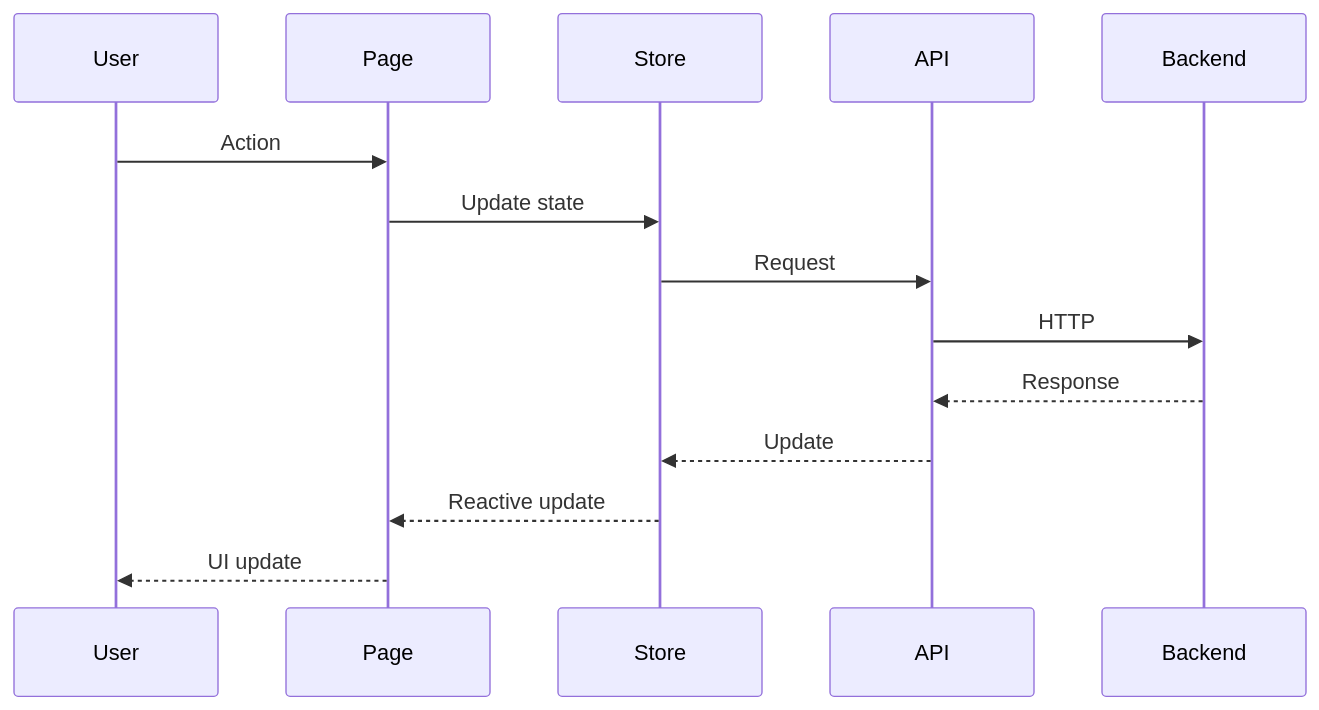
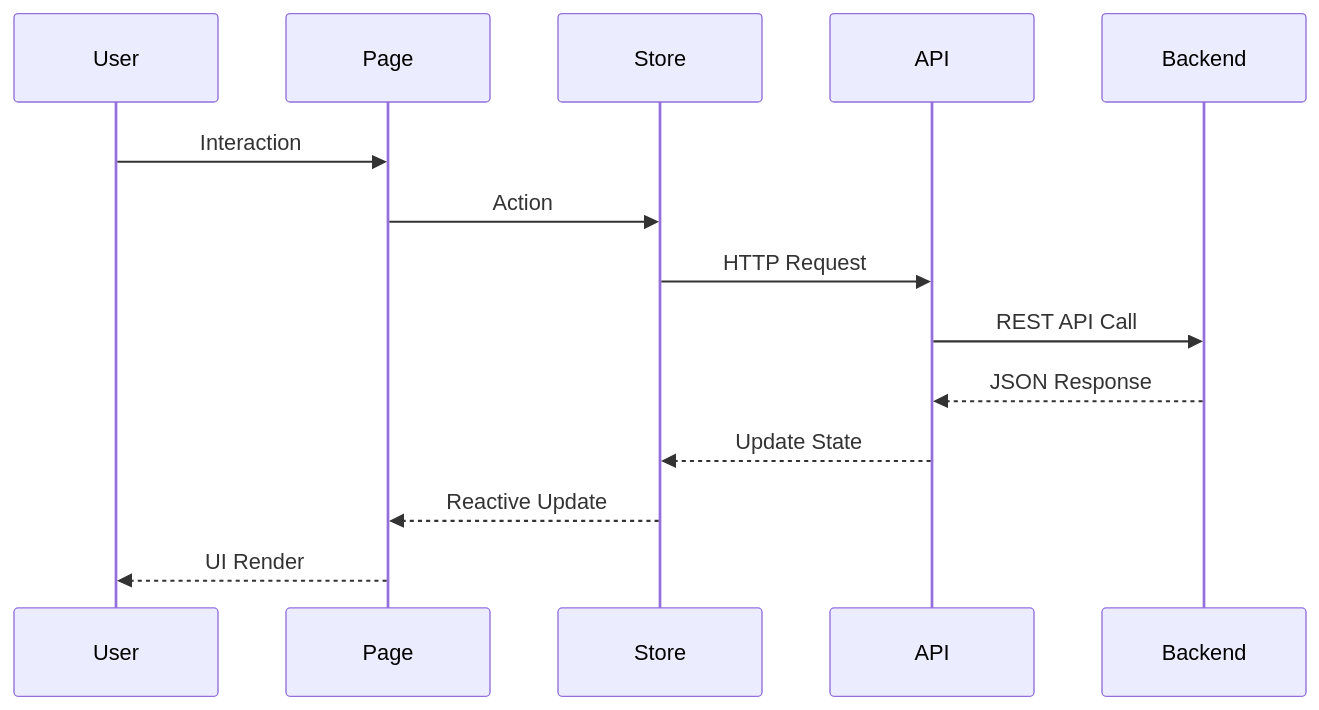
One commit to royzah/OryxID changed the second of 5 diagrams in frontend/README.md. Above: the diagram before and after it, drawn with Mermaid. The commit also changed other lines of this file and 2 other files, not shown here.

First line of the commit message:
docs: Update project documentation with comprehensive OAuth flow coverage

````diff
--- a/frontend/README.md
+++ b/frontend/README.md
@@ -188,17 +256,17 @@
 ```mermaid
 sequenceDiagram
     participant User
     participant Page
     participant Store
     participant API
     participant Backend
 
-    User->>Page: Action
-    Page->>Store: Update state
-    Store->>API: Request
-    API->>Backend: HTTP
-    Backend-->>API: Response
-    API-->>Store: Update
-    Store-->>Page: Reactive update
-    Page-->>User: UI update
+    User->>Page: Interaction
+    Page->>Store: Action
+    Store->>API: HTTP Request
+    API->>Backend: REST API Call
+    Backend-->>API: JSON Response
+    API-->>Store: Update State
+    Store-->>Page: Reactive Update
+    Page-->>User: UI Render
 ```
````
